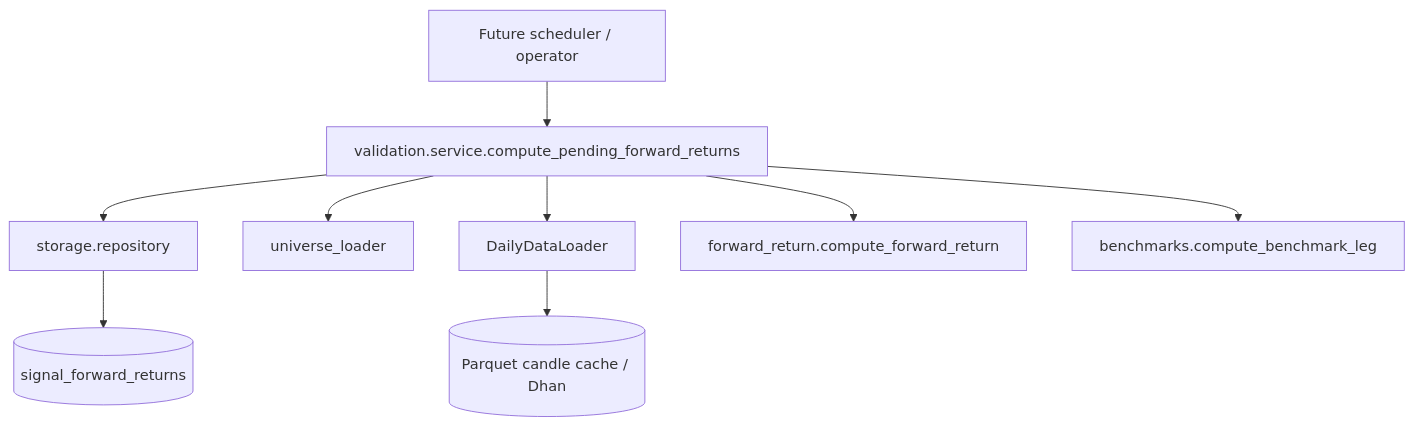
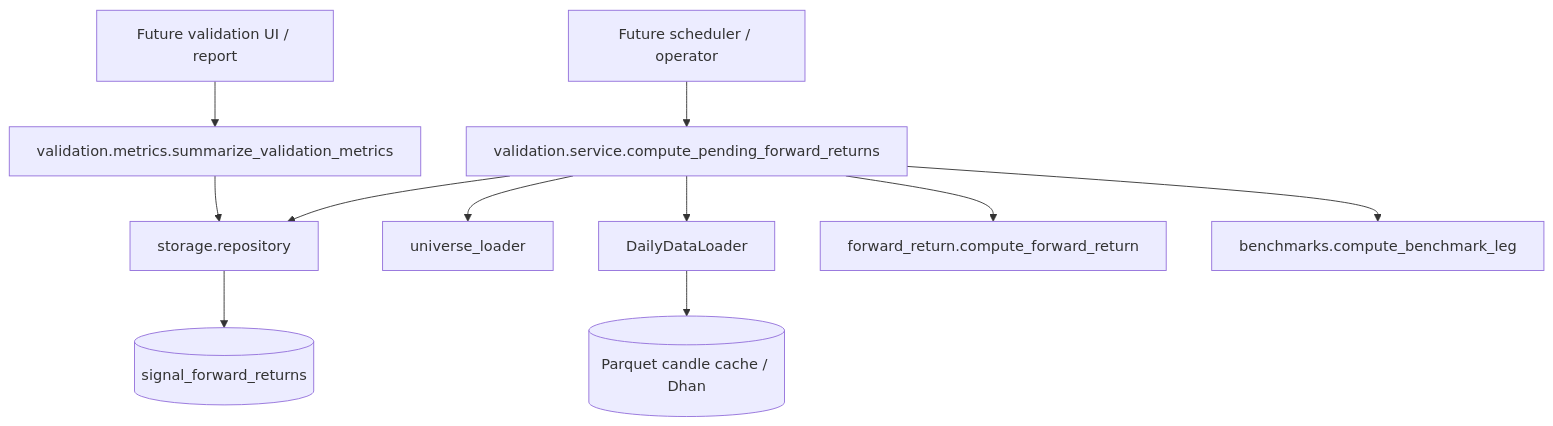
One commit to DoRmAmMu1997/Streamlit-Scanner-App changed the diagram in docs/architecture/components/validation.md. Above: the diagram before and after it, drawn with Mermaid. The commit also changed other lines of this file and 11 other files, not shown here.

Commit message:
feat: add VALID-003A validation metrics service

````diff
--- a/docs/architecture/components/validation.md
+++ b/docs/architecture/components/validation.md
@@ -24,11 +24,13 @@
 ```mermaid
 flowchart TD
     JOB["Future scheduler / operator"] --> SVC["validation.service.compute_pending_forward_returns"]
     SVC --> REPO["storage.repository"]
     REPO --> DB[("signal_forward_returns")]
+    VIEW["Future validation UI / report"] --> METRICS["validation.metrics.summarize_validation_metrics"]
+    METRICS --> REPO
     SVC --> UNI["universe_loader"]
     SVC --> DATA["DailyDataLoader"]
     DATA --> CACHE[("Parquet candle cache / Dhan")]
     SVC --> CALC["forward_return.compute_forward_return"]
     SVC --> BENCH["benchmarks.compute_benchmark_leg"]
 ```
````
